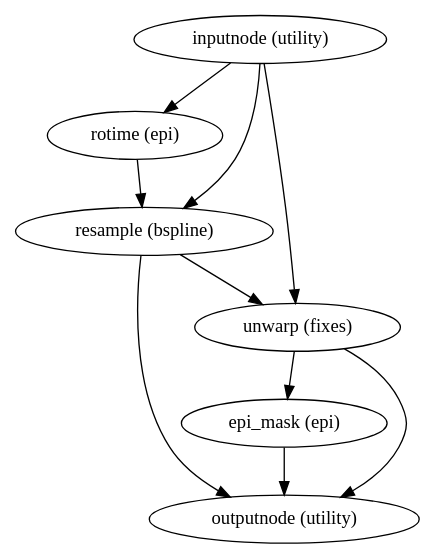
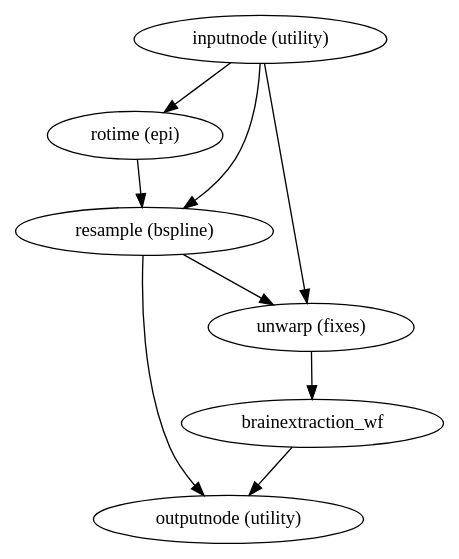
The diagram in 2.0.0rc5/wf_directive/api/unwarp_wf/sdcflows-workflows-apply-correction-1.dot (wayne009007/sdcflows), drawn with Graphviz before and after one commit. The commit also changed 3168 other files, not shown here.

```diff
--- a/2.0.0rc5/wf_directive/api/unwarp_wf/sdcflows-workflows-apply-correction-1.dot
+++ b/2.0.0rc5/wf_directive/api/unwarp_wf/sdcflows-workflows-apply-correction-1.dot
@@ -1,17 +1,16 @@
 strict digraph  {
 "inputnode (utility)";
 "rotime (epi)";
 "resample (bspline)";
 "unwarp (fixes)";
 "outputnode (utility)";
-"epi_mask (epi)";
+brainextraction_wf;
 "inputnode (utility)" -> "rotime (epi)";
 "inputnode (utility)" -> "resample (bspline)";
 "inputnode (utility)" -> "unwarp (fixes)";
 "rotime (epi)" -> "resample (bspline)";
 "resample (bspline)" -> "unwarp (fixes)";
 "resample (bspline)" -> "outputnode (utility)";
-"unwarp (fixes)" -> "outputnode (utility)";
-"unwarp (fixes)" -> "epi_mask (epi)";
-"epi_mask (epi)" -> "outputnode (utility)";
+"unwarp (fixes)" -> brainextraction_wf;
+brainextraction_wf -> "outputnode (utility)";
 }
```
